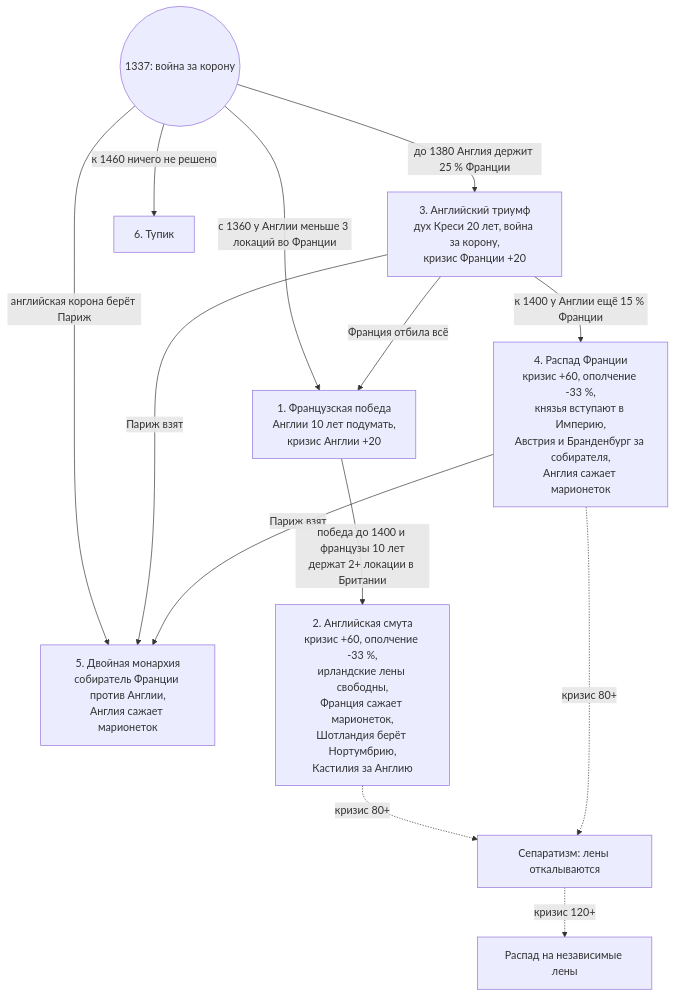
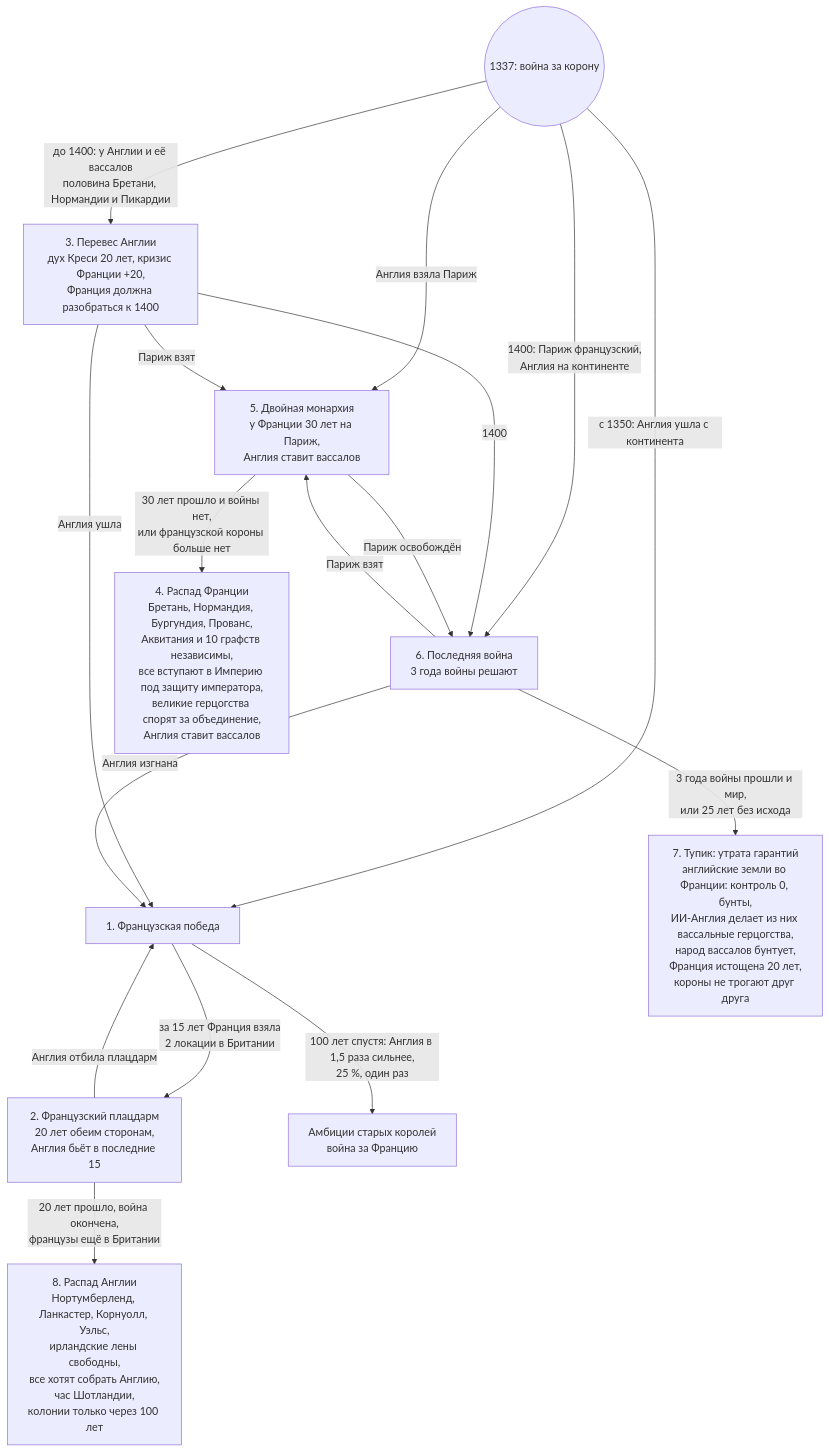
The diagram in docs/GEOPOLICY_SCENARIOS_WEST.md (Ilya2035/NewIntelligence), drawn with Mermaid before and after one commit. The commit also changed other lines of this file and 18 other files, not shown here.

````diff
--- a/docs/GEOPOLICY_SCENARIOS_WEST.md
+++ b/docs/GEOPOLICY_SCENARIOS_WEST.md
@@ -76,15 +78,19 @@
 ```mermaid
 flowchart TD
-    S((1337: война за корону)) -->|до 1380 Англия держит 25 % Франции| T[3. Английский триумф<br/>дух Креси 20 лет, война за корону,<br/>кризис Франции +20]
-    S -->|с 1360 у Англии меньше 3 локаций во Франции| V[1. Французская победа<br/>Англии 10 лет подумать,<br/>кризис Англии +20]
-    S -->|английская корона берёт Париж| D[5. Двойная монархия<br/>собиратель Франции против Англии,<br/>Англия сажает марионеток]
-    S -->|к 1460 ничего не решено| Z[6. Тупик]
-    T -->|Франция отбила всё| V
-    T -->|Париж взят| D
-    T -->|к 1400 у Англии ещё 15 % Франции| C[4. Распад Франции<br/>кризис +60, ополчение -33 %,<br/>князья вступают в Империю,<br/>Австрия и Бранденбург за собирателя,<br/>Англия сажает марионеток]
-    C -->|Париж взят| D
-    V -->|победа до 1400 и французы 10 лет<br/>держат 2+ локации в Британии| A[2. Английская смута<br/>кризис +60, ополчение -33 %,<br/>ирландские лены свободны,<br/>Франция сажает марионеток,<br/>Шотландия берёт Нортумбрию,<br/>Кастилия за Англию]
-    A -.->|кризис 80+| SEP[Сепаратизм: лены откалываются]
-    C -.->|кризис 80+| SEP
-    SEP -.->|кризис 120+| COL[Распад на независимые лены]
+    S((1337: война за корону)) -->|до 1400: у Англии и её вассалов<br/>половина Бретани, Нормандии и Пикардии| A[3. Перевес Англии<br/>дух Креси 20 лет, кризис Франции +20,<br/>Франция должна разобраться к 1400]
+    S -->|Англия взяла Париж| D[5. Двойная монархия<br/>у Франции 30 лет на Париж,<br/>Англия ставит вассалов]
+    S -->|с 1350: Англия ушла с континента| V[1. Французская победа]
+    S -->|1400: Париж французский,<br/>Англия на континенте| L[6. Последняя война<br/>3 года войны решают]
+    A -->|Париж взят| D
+    A -->|Англия ушла| V
+    A -->|1400| L
+    D -->|Париж освобождён| L
+    D -->|30 лет прошло и войны нет,<br/>или французской короны больше нет| FC[4. Распад Франции<br/>Бретань, Нормандия, Бургундия, Прованс,<br/>Аквитания и 10 графств независимы,<br/>все вступают в Империю под защиту императора,<br/>великие герцогства спорят за объединение,<br/>Англия ставит вассалов]
+    L -->|Париж взят| D
+    L -->|Англия изгнана| V
+    L -->|3 года войны прошли и мир,<br/>или 25 лет без исхода| T[7. Тупик: утрата гарантий<br/>английские земли во Франции: контроль 0, бунты,<br/>ИИ-Англия делает из них вассальные герцогства,<br/>народ вассалов бунтует,<br/>Франция истощена 20 лет,<br/>короны не трогают друг друга]
+    V -->|за 15 лет Франция взяла<br/>2 локации в Британии| F[2. Французский плацдарм<br/>20 лет обеим сторонам,<br/>Англия бьёт в последние 15]
+    V -->|100 лет спустя: Англия в 1,5 раза сильнее,<br/>25 %, один раз| OA[Амбиции старых королей<br/>война за Францию]
+    F -->|Англия отбила плацдарм| V
+    F -->|20 лет прошло, война окончена,<br/>французы ещё в Британии| EC[8. Распад Англии<br/>Нортумберленд, Ланкастер, Корнуолл, Уэльс,<br/>ирландские лены свободны,<br/>все хотят собрать Англию,<br/>час Шотландии,<br/>колонии только через 100 лет]
 ```
````
